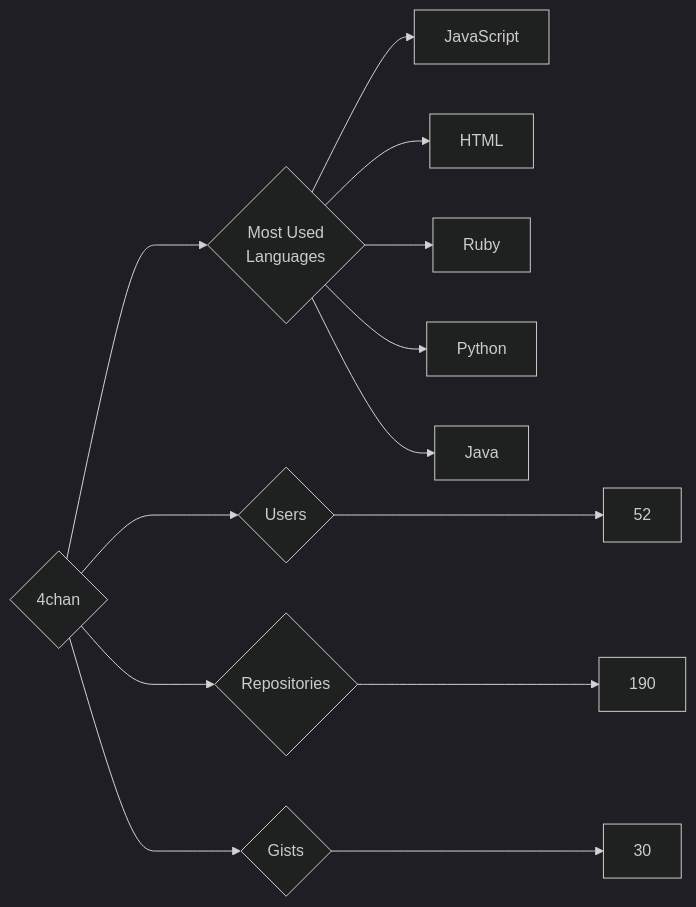
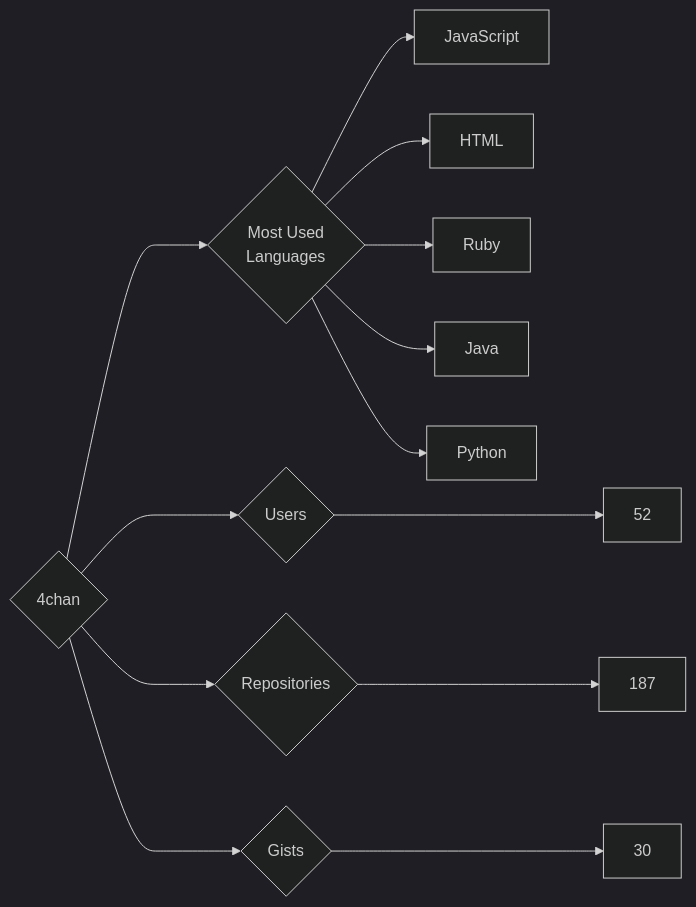
The diagram in targets/4chan/README.md (trickest/insiders), drawn with Mermaid (dark theme) before and after one commit. The commit also changed 942 other files, not shown here.

````diff
--- a/targets/4chan/README.md
+++ b/targets/4chan/README.md
@@ -3,13 +3,13 @@
 ```mermaid
 graph LR
 COMPANY_NAME{4chan}
 COMPANY_NAME ---> U{Users} ---> UN[52]
-COMPANY_NAME ---> R{Repositories} ---> RN[190]
+COMPANY_NAME ---> R{Repositories} ---> RN[187]
 COMPANY_NAME ---> G{Gists} ---> GN[30]
 COMPANY_NAME ---> ML{Most Used<br>Languages}
 ML --> JavaScript[JavaScript]
 ML --> HTML[HTML]
 ML --> Ruby[Ruby]
+ML --> Java[Java]
 ML --> Python[Python]
-ML --> Java[Java]
 ```
````
